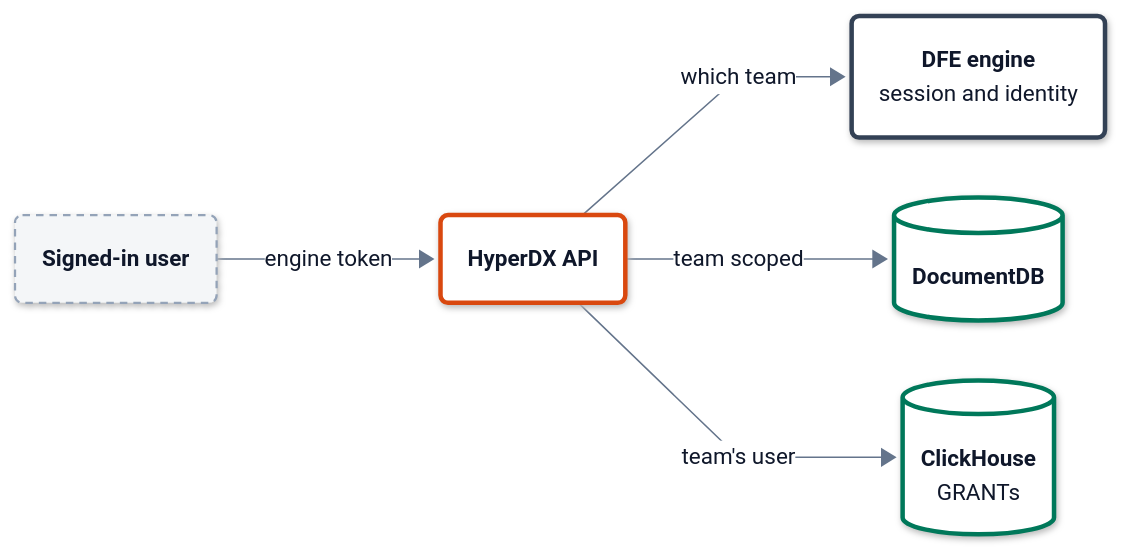
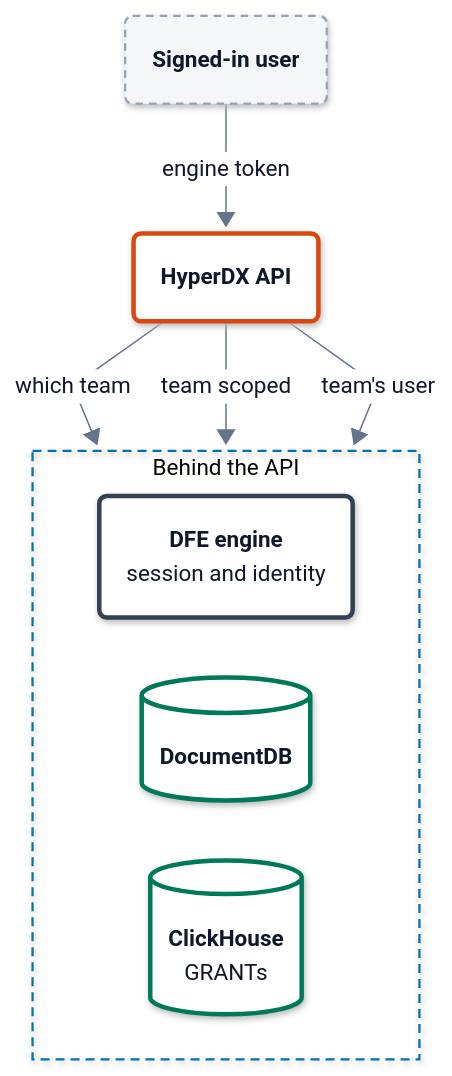
The diagram in docs/architecture/authorization.md (hyperi-io/dfe-hyperdx), drawn with Mermaid before and after one commit. The commit also changed 15 other files, not shown here.

First line of the commit message:
docs(architecture): add the architecture page and fit every flowchart (#234)

````diff
--- a/docs/architecture/authorization.md
+++ b/docs/architecture/authorization.md
@@ -15,74 +15,78 @@
 ```mermaid
 ---
 config:
   theme: base
   look: neo
   fontFamily: Inter, -apple-system, Segoe UI, Roboto, Helvetica, Arial, sans-serif
   flowchart:
     curve: linear
     nodeSpacing: 40
     rankSpacing: 64
     padding: 18
     wrappingWidth: 280
     htmlLabels: true
   elk:
     preset: modelOrder
   themeVariables:
     fontSize: 15px
     lineColor: "#64748B"
     primaryTextColor: "#0F172A"
     clusterBorder: "#0072B2"
     edgeLabelBackground: "#FFFFFF"
   themeCSS: >-
     p{margin:0}
     .node[data-look] rect,.node[data-look] path,.node[data-look] polygon,.node[data-look] .outer-path{filter:drop-shadow(0 1px 2px rgba(15,23,42,.10)) drop-shadow(0 6px 14px rgba(15,23,42,.10))}
     .node rect{rx:10px;ry:10px}
     .cluster rect{rx:16px;ry:16px}
     .node .label div{min-width:150px}
     .node.decision .label div{min-width:0}
     .cluster[data-look] rect{filter:none}
     .nodeLabel{line-height:1.35}
     .nodeLabel b{font-weight:600;font-size:15px;letter-spacing:-0.01em}
     .nodeLabel span{font-size:12.5px;font-weight:400;color:#334155}
     .cluster-label span.nodeLabel{display:inline-block;background:#FFFFFF;color:#0B2A3F;border:1.5px solid #0072B2;border-radius:999px;padding:2px 12px;font-size:11.5px;font-weight:700;letter-spacing:.09em;text-transform:uppercase}
     .flowchart-link{stroke-width:1.75px}
     .labelBkg{background:transparent!important}
     span.edgeLabel{display:inline-block;background:#FFFFFF!important;color:#1E293B;border:1px solid #94A3B8;border-radius:999px;padding:2px 10px;font-size:12px;font-weight:500}
     span.edgeLabel p{background:transparent!important}
     .label-icon{width:20px;height:20px;vertical-align:-4px;margin-right:6px}
     .ingest .label-icon{color:#0E8A7D}
     .xform .label-icon{color:#7B4FB0}
     .load .label-icon{color:#0072B2}
     .bus .label-icon{color:#A8517F}
     .store .label-icon{color:#00785A}
     .ui .label-icon{color:#D9480F}
     .ext .label-icon{color:#64748B}
 ---
-flowchart LR
+flowchart TB
   accTitle: L4 Detail -- Authorization layers
   accDescr: A signed-in request reaches the HyperDX API. The API asks the DFE engine which team the session is on, scopes every DocumentDB query by that team, and queries ClickHouse as the team's own ClickHouse user, whose GRANTs decide what it reads.
   user("<b>Signed-in user</b>")
   api("<b>HyperDX API</b>")
-  engine("<b>DFE engine</b><br/><span>session and identity</span>")
-  docdb[("<b>DocumentDB</b>")]
-  ch[("<b>ClickHouse</b><br/><span>GRANTs</span>")]
+  subgraph back["Behind the API"]
+    direction LR
+    engine("<b>DFE engine</b><br/><span>session and identity</span>")
+    docdb[("<b>DocumentDB</b>")]
+    ch[("<b>ClickHouse</b><br/><span>GRANTs</span>")]
+  end
   user -->|engine token| api
   api -->|which team| engine
   api -->|team scoped| docdb
   api -->|team's user| ch
+  class user ext
+  class api ui
+  class engine control
+  class docdb,ch store
   classDef ext fill:#F4F6F8,stroke:#94A3B8,stroke-width:1.5px,stroke-dasharray:5 4,color:#0F172A
   classDef ingest fill:#FFFFFF,stroke:#0E8A7D,stroke-width:3px,color:#0F172A
   classDef xform fill:#FFFFFF,stroke:#7B4FB0,stroke-width:3px,color:#0F172A
   classDef load fill:#FFFFFF,stroke:#0072B2,stroke-width:3px,color:#0F172A
   classDef bus fill:#FFFFFF,stroke:#A8517F,stroke-width:3px,color:#0F172A
   classDef store fill:#FFFFFF,stroke:#00785A,stroke-width:3px,color:#0F172A
   classDef ui fill:#FFFFFF,stroke:#D9480F,stroke-width:3px,color:#0F172A
   classDef decision fill:#FFFFFF,stroke:#9A6700,stroke-width:3px,color:#0F172A
   classDef error fill:#FFFFFF,stroke:#C2410C,stroke-width:3px,color:#0F172A
   classDef control fill:#FFFFFF,stroke:#334155,stroke-width:3px,color:#0F172A
   classDef part fill:#FFFFFF,stroke:#94A3B8,stroke-width:1.5px,color:#0F172A
-  class user ext
-  class api ui
-  class engine control
-  class docdb,ch store
+  style back fill:none,stroke:#0072B2,stroke-width:1.5px,stroke-dasharray:6 4
 ```
````
